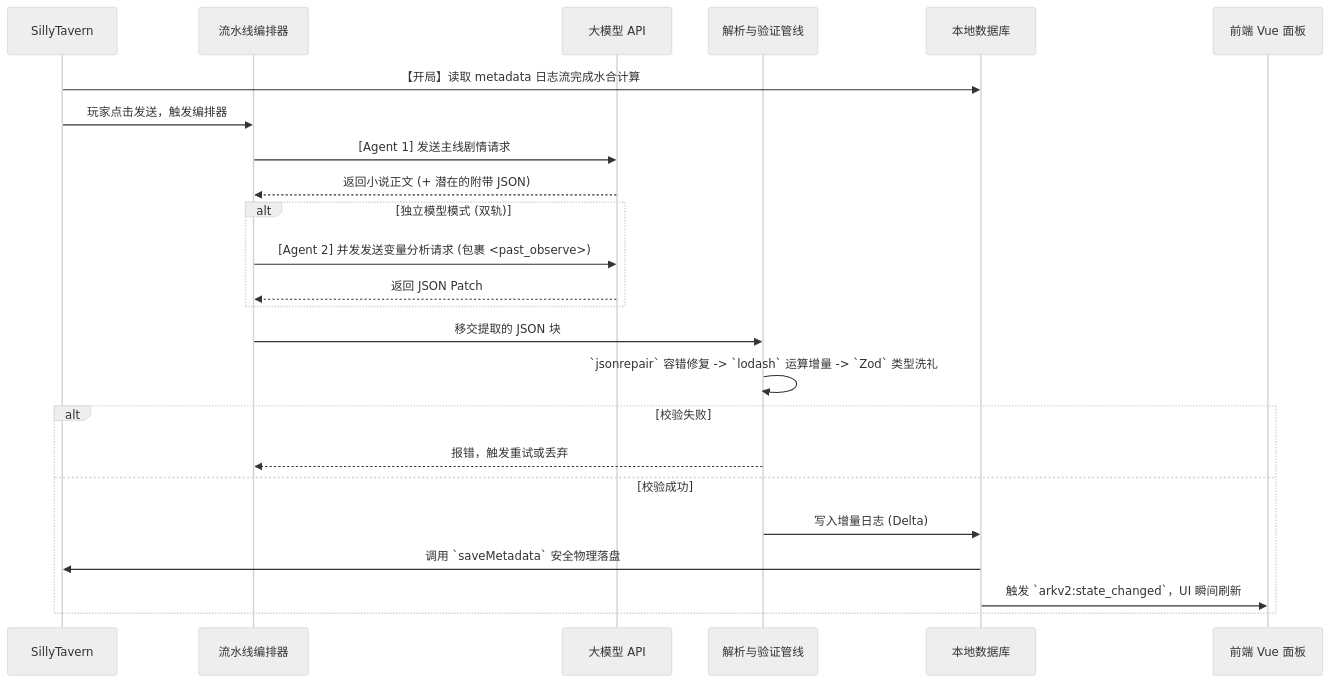
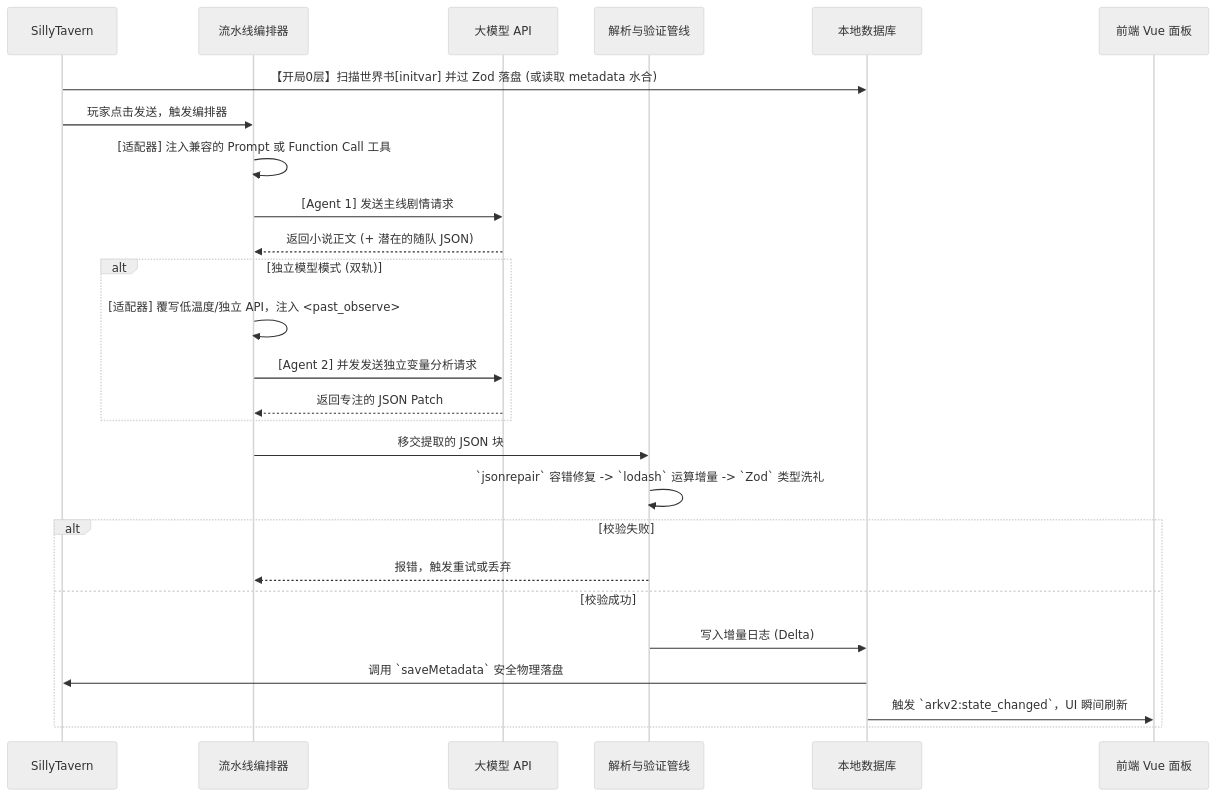
The second of 2 diagrams in .kilocode/development_logs/feat_v2-engine/V2_ENGINE_ARCHITECTURE_PLAN.md (TonyDG233/ST_Ark_StatusBar), drawn with Mermaid (neutral theme) before and after one commit. The commit also changed other lines of this file, not shown here.

````diff
--- a/.kilocode/development_logs/feat_v2-engine/V2_ENGINE_ARCHITECTURE_PLAN.md
+++ b/.kilocode/development_logs/feat_v2-engine/V2_ENGINE_ARCHITECTURE_PLAN.md
@@ -80,30 +86,32 @@
 ```mermaid
 sequenceDiagram
     participant ST as SillyTavern
     participant Orch as 流水线编排器
     participant Model as 大模型 API
     participant Pipe as 解析与验证管线
     participant DB as 本地数据库
     participant UI as 前端 Vue 面板
 
-    ST->>DB: 【开局】读取 metadata 日志流完成水合计算
+    ST->>DB: 【开局0层】扫描世界书[initvar] 并过 Zod 落盘 (或读取 metadata 水合)
     ST->>Orch: 玩家点击发送，触发编排器
+    Orch->>Orch: [适配器] 注入兼容的 Prompt 或 Function Call 工具
     Orch->>Model: [Agent 1] 发送主线剧情请求
-    Model-->>Orch: 返回小说正文 (+ 潜在的附带 JSON)
+    Model-->>Orch: 返回小说正文 (+ 潜在的随队 JSON)
     
     alt 独立模型模式 (双轨)
-        Orch->>Model: [Agent 2] 并发发送变量分析请求 (包裹 <past_observe>)
-        Model-->>Orch: 返回 JSON Patch
+        Orch->>Orch: [适配器] 覆写低温度/独立 API，注入 <past_observe>
+        Orch->>Model: [Agent 2] 并发发送独立变量分析请求
+        Model-->>Orch: 返回专注的 JSON Patch
     end
 
     Orch->>Pipe: 移交提取的 JSON 块
     Pipe->>Pipe: `jsonrepair` 容错修复 -> `lodash` 运算增量 -> `Zod` 类型洗礼
     
     alt 校验失败
         Pipe-->>Orch: 报错，触发重试或丢弃
     else 校验成功
         Pipe->>DB: 写入增量日志 (Delta)
         DB->>ST: 调用 `saveMetadata` 安全物理落盘
         DB->>UI: 触发 `arkv2:state_changed`，UI 瞬间刷新
     end
 ```
````
